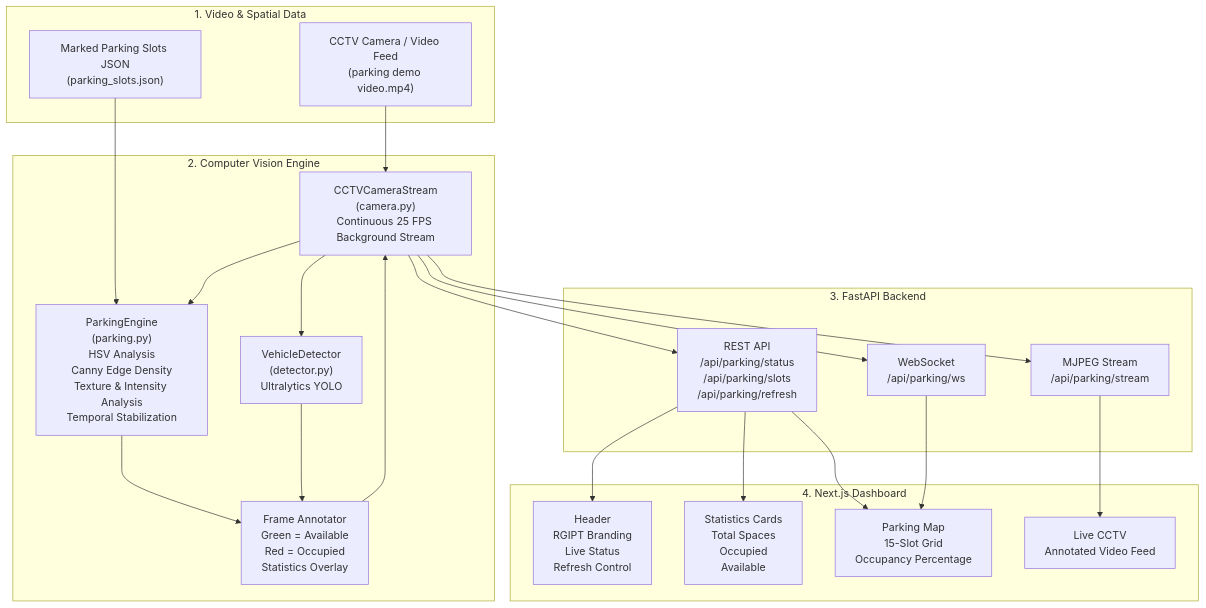
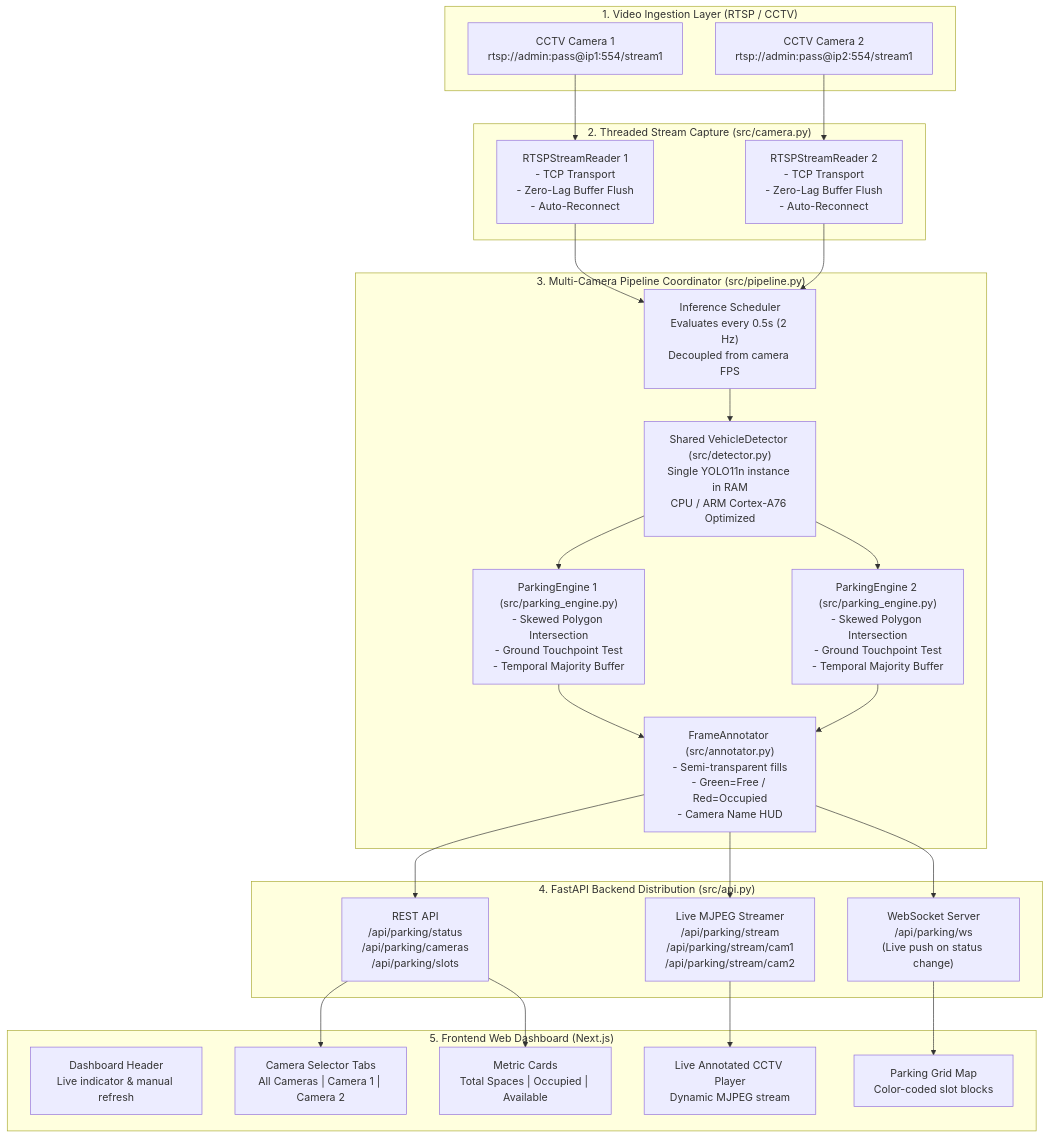
The diagram in README.md (moquaddaswaris/smart-parking-system), drawn with Mermaid before and after one commit. The commit also changed other lines of this file and 42 other files, not shown here.

Commit message:
feat: multi-camera smart parking pipeline with 19 unique slots and Next.js dashboard

````diff
--- a/README.md
+++ b/README.md
@@ -29,46 +28,56 @@
 ```mermaid
 flowchart TD
-
-    subgraph VideoSource["1. Video & Spatial Data"]
-        CCTV["CCTV Camera / Video Feed<br/>(parking demo video.mp4)"]
-        SlotsJSON["Marked Parking Slots JSON<br/>(parking_slots.json)"]
+    subgraph VideoSources["1. Video Ingestion Layer (RTSP / CCTV)"]
+        Cam1["CCTV Camera 1<br/>rtsp://admin:pass@ip1:554/stream1"]
+        Cam2["CCTV Camera 2<br/>rtsp://admin:pass@ip2:554/stream1"]
     end
 
-    subgraph ComputerVision["2. Computer Vision Engine"]
-        StreamMgr["CCTVCameraStream<br/>(camera.py)<br/>Continuous 25 FPS Background Stream"]
-        Engine["ParkingEngine<br/>(parking.py)<br/>HSV Analysis<br/>Canny Edge Density<br/>Texture & Intensity Analysis<br/>Temporal Stabilization"]
-        Detector["VehicleDetector<br/>(detector.py)<br/>Ultralytics YOLO"]
-        Annotator["Frame Annotator<br/>Green = Available<br/>Red = Occupied<br/>Statistics Overlay"]
+    subgraph CaptureEngine["2. Threaded Stream Capture (src/camera.py)"]
+        Reader1["RTSPStreamReader 1<br/>- TCP Transport<br/>- Zero-Lag Buffer Flush<br/>- Auto-Reconnect"]
+        Reader2["RTSPStreamReader 2<br/>- TCP Transport<br/>- Zero-Lag Buffer Flush<br/>- Auto-Reconnect"]
     end
 
-    subgraph BackendAPI["3. FastAPI Backend"]
-        REST["REST API<br/>/api/parking/status<br/>/api/parking/slots<br/>/api/parking/refresh"]
-        WS["WebSocket<br/>/api/parking/ws"]
-        MJPEG["MJPEG Stream<br/>/api/parking/stream"]
+    subgraph AICoordinator["3. Multi-Camera Pipeline Coordinator (src/pipeline.py)"]
+        Decimator["Inference Scheduler<br/>Evaluates every 0.5s (2 Hz)<br/>Decoupled from camera FPS"]
+        SharedYOLO["Shared VehicleDetector (src/detector.py)<br/>Single YOLO11n instance in RAM<br/>CPU / ARM Cortex-A76 Optimized"]
+        Engine1["ParkingEngine 1 (src/parking_engine.py)<br/>- Skewed Polygon Intersection<br/>- Ground Touchpoint Test<br/>- Temporal Majority Buffer"]
+        Engine2["ParkingEngine 2 (src/parking_engine.py)<br/>- Skewed Polygon Intersection<br/>- Ground Touchpoint Test<br/>- Temporal Majority Buffer"]
+        Annotator["FrameAnnotator (src/annotator.py)<br/>- Semi-transparent fills<br/>- Green=Free / Red=Occupied<br/>- Camera Name HUD"]
     end
 
-    subgraph FrontendApp["4. Next.js Dashboard"]
-        Header["Header<br/>RGIPT Branding<br/>Live Status<br/>Refresh Control"]
-        Stats["Statistics Cards<br/>Total Spaces<br/>Occupied<br/>Available"]
-        Map["Parking Map<br/>15-Slot Grid<br/>Occupancy Percentage"]
-        CCTVView["Live CCTV<br/>Annotated Video Feed"]
+    subgraph APILayer["4. FastAPI Backend Distribution (src/api.py)"]
+        REST["REST API<br/>/api/parking/status<br/>/api/parking/cameras<br/>/api/parking/slots"]
+        WS["WebSocket Server<br/>/api/parking/ws<br/>(Live push on status change)"]
+        MJPEG["Live MJPEG Streamer<br/>/api/parking/stream<br/>/api/parking/stream/cam1<br/>/api/parking/stream/cam2"]
     end
 
-    CCTV --> StreamMgr
-    SlotsJSON --> Engine
-    StreamMgr --> Engine
-    StreamMgr --> Detector
-    Engine --> Annotator
-    Detector --> Annotator
-    Annotator --> StreamMgr
+    subgraph PresentationLayer["5. Frontend Web Dashboard (Next.js)"]
+        UIHeader["Dashboard Header<br/>Live indicator & manual refresh"]
+        CamTabs["Camera Selector Tabs<br/>All Cameras | Camera 1 | Camera 2"]
+        StatCards["Metric Cards<br/>Total Spaces | Occupied | Available"]
+        LiveView["Live Annotated CCTV Player<br/>Dynamic MJPEG stream"]
+        GridMap["Parking Grid Map<br/>Color-coded slot blocks"]
+    end
 
-    StreamMgr --> REST
-    StreamMgr --> WS
-    StreamMgr --> MJPEG
+    Cam1 --> Reader1
+    Cam2 --> Reader2
 
-    REST --> Header
-    REST --> Stats
-    REST --> Map
-    WS --> Map
-    MJPEG --> CCTVView
+    Reader1 --> Decimator
+    Reader2 --> Decimator
+
+    Decimator --> SharedYOLO
+    SharedYOLO --> Engine1
+    SharedYOLO --> Engine2
+
+    Engine1 --> Annotator
+    Engine2 --> Annotator
+
+    Annotator --> REST
+    Annotator --> WS
+    Annotator --> MJPEG
+
+    REST --> StatCards
+    REST --> CamTabs
+    WS --> GridMap
+    MJPEG --> LiveView
 ```
````
